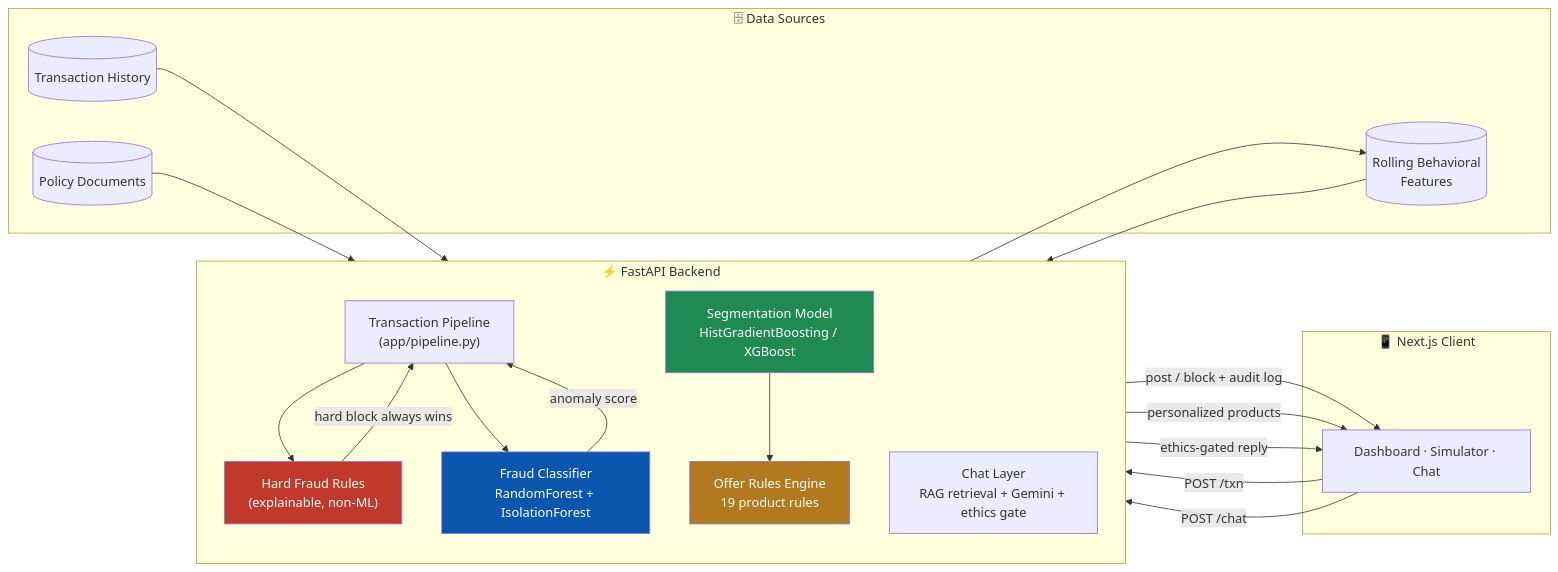
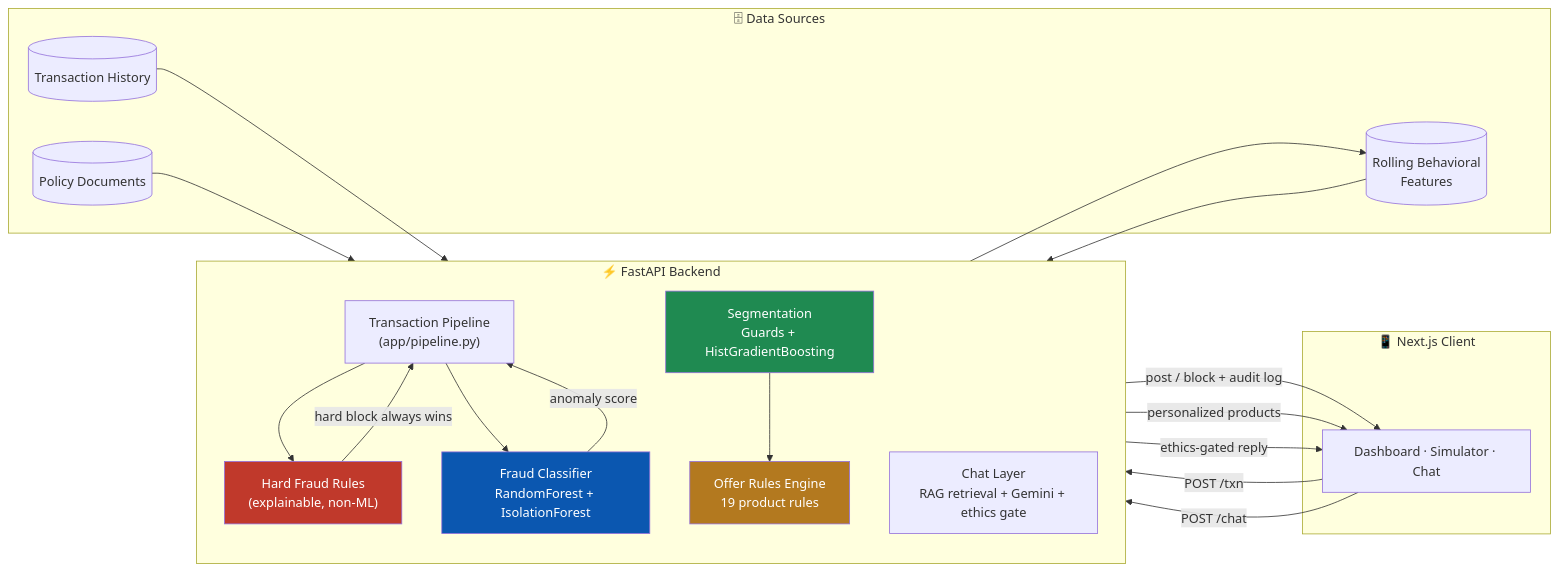
The diagram in README.md (Ishaan-Kaneria/MISP_Net_Banking), drawn with Mermaid before and after one commit. The commit also changed other lines of this file and 17 other files, not shown here.

````diff
--- a/README.md
+++ b/README.md
@@ -73,42 +72,42 @@
 ```mermaid
 flowchart LR
     subgraph Client["📱 Next.js Client"]
         UI[Dashboard · Simulator · Chat]
     end
 
     subgraph API["⚡ FastAPI Backend"]
         direction TB
         PIPE["Transaction Pipeline<br/>(app/pipeline.py)"]
         RULES["Hard Fraud Rules<br/>(explainable, non-ML)"]
         FRAUD["Fraud Classifier<br/>RandomForest + IsolationForest"]
-        SEG["Segmentation Model<br/>HistGradientBoosting / XGBoost"]
+        SEG["Segmentation<br/>Guards + HistGradientBoosting"]
         OFFERS["Offer Rules Engine<br/>19 product rules"]
         CHAT["Chat Layer<br/>RAG retrieval + Gemini + ethics gate"]
     end
 
     subgraph Data["🗄 Data Sources"]
         HIST[(Transaction History)]
         FEAT[(Rolling Behavioral<br/>Features)]
         POLICY[(Policy Documents)]
     end
 
     UI -->|"POST /txn"| PIPE
     HIST --> PIPE
     PIPE --> RULES
     PIPE --> FRAUD
     RULES -->|"hard block always wins"| PIPE
     FRAUD -->|"anomaly score"| PIPE
     PIPE --> FEAT
     FEAT --> SEG
     SEG --> OFFERS
     PIPE -->|"post / block + audit log"| UI
     OFFERS -->|"personalized products"| UI
     UI -->|"POST /chat"| CHAT
     POLICY --> CHAT
     CHAT -->|"ethics-gated reply"| UI
 
     style RULES fill:#c0392b,color:#fff
     style FRAUD fill:#0b57b0,color:#fff
     style SEG fill:#1f8a51,color:#fff
     style OFFERS fill:#b3791f,color:#fff
 ```
````
